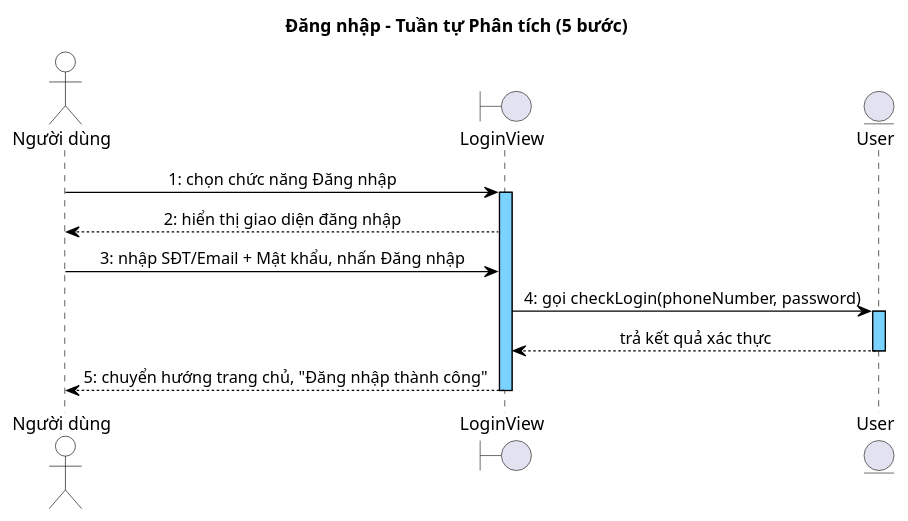
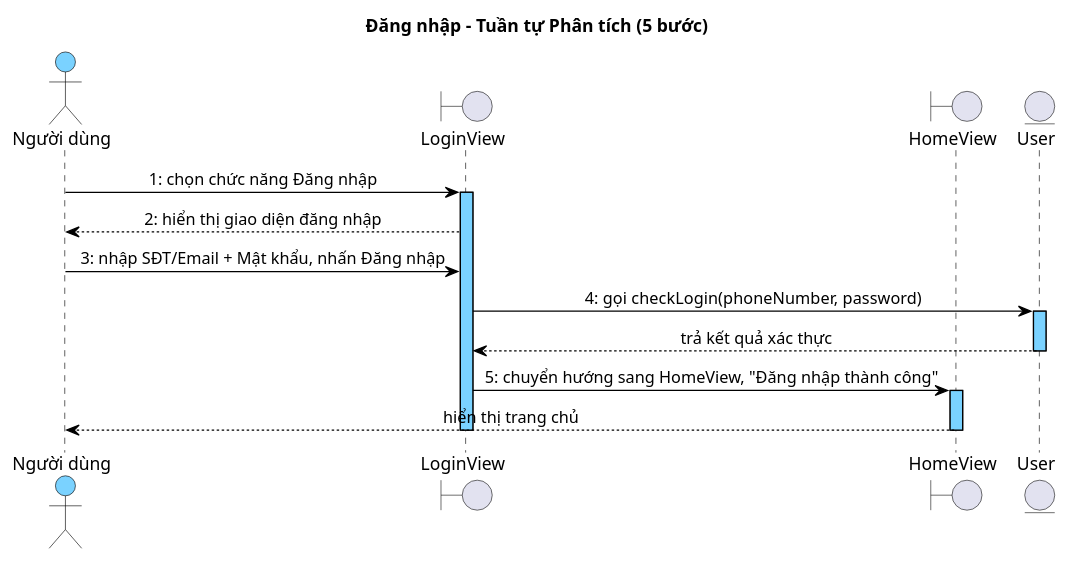
One commit to thanhtrnnn/cnpm changed the third of 7 diagrams in docs/tabs/section-account-ii.md. Above: the diagram before and after it, drawn with PlantUML. The commit also changed other lines of this file and 15 other files, not shown here.

First line of the commit message:
fix: User→Client/Employee inheritance + HomeView + LoginView redirect

````diff
--- a/docs/tabs/section-account-ii.md
+++ b/docs/tabs/section-account-ii.md
@@ -363,40 +412,44 @@
 ```plantuml
 @startuml
 skinparam shadowing false
 skinparam SequenceMessageAlign left
 skinparam sequenceMessageAlign center
 skinparam sequenceArrowThickness 1
 skinparam sequenceLifeLineBorderColor #000000
 skinparam sequenceLifeLineBackgroundColor #7AD2FF
 skinparam sequenceParticipantBackgroundColor #7AD2FF
 skinparam sequenceParticipantBorderColor #000000
 skinparam sequenceParticipantFontColor #000000
 skinparam sequenceArrowColor #000000
 skinparam sequenceArrowFontColor #000000
 skinparam sequenceGroupBorderColor #000000
 skinparam sequenceGroupBackgroundColor #DDEEFF
 skinparam sequenceDividerBorderColor #000000
 skinparam sequenceDividerBackgroundColor #DDEEFF
 skinparam sequenceMessageFontColor #000000
 skinparam sequenceMessageFontSize 10
 skinparam sequenceActorBorderColor #000000
-skinparam sequenceActorBackgroundColor transparent
+skinparam sequenceActorBackgroundColor #7AD2FF
 skinparam sequenceActorFontColor #000000
 title Đăng nhập – Tuần tự Phân tích (5 bước)
 
 actor "Người dùng" as Actor
 boundary LoginView as B1
+boundary HomeView as B2
 entity User as E1
 
 Actor -> B1 : 1: chọn chức năng Đăng nhập
 activate B1
 B1 --> Actor : 2: hiển thị giao diện đăng nhập
 Actor -> B1 : 3: nhập SĐT/Email + Mật khẩu, nhấn Đăng nhập
 B1 -> E1 : 4: gọi checkLogin(phoneNumber, password)
 activate E1
 E1 --> B1 : trả kết quả xác thực
 deactivate E1
-B1 --> Actor : 5: chuyển hướng trang chủ, "Đăng nhập thành công"
+B1 -> B2 : 5: chuyển hướng sang HomeView, "Đăng nhập thành công"
+activate B2
+B2 --> Actor : hiển thị trang chủ
+deactivate B2
 deactivate B1
 @enduml
 ```
````
